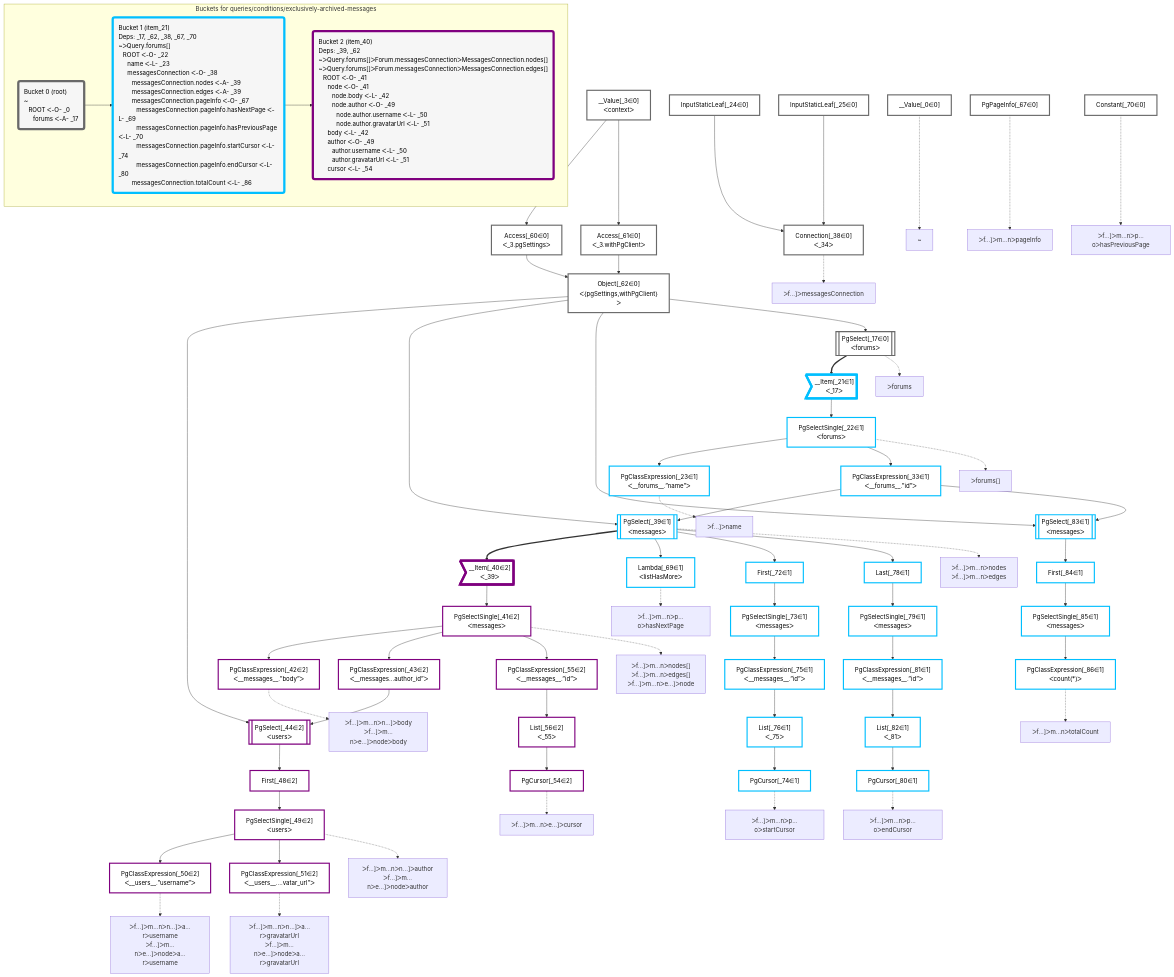
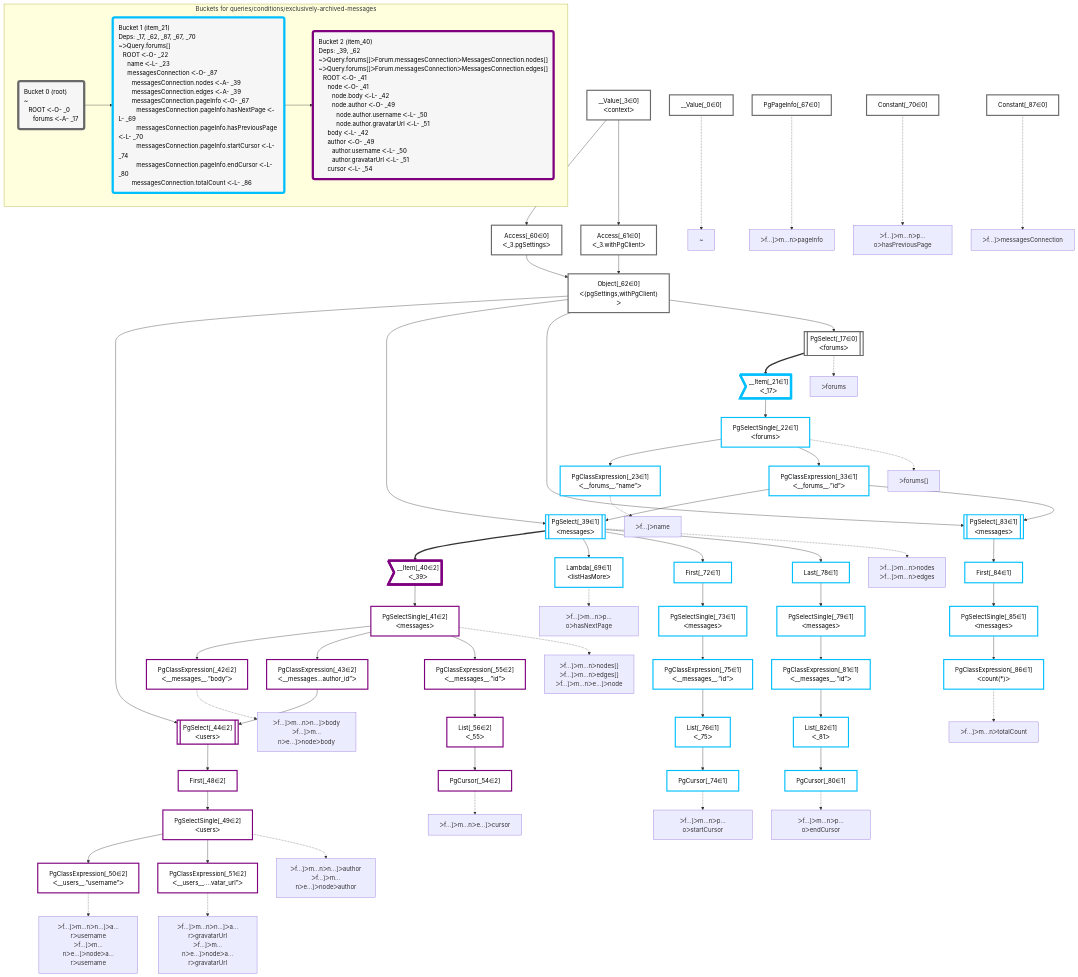
The diagram in packages/dataplan-pg/__tests__/queries/conditions/exclusively-archived-messages.deopt.mermaid.md (graphile/crystal), drawn with Mermaid before and after one commit. The commit also changed 57 other files, not shown here.

```diff
--- a/packages/dataplan-pg/__tests__/queries/conditions/exclusively-archived-messages.deopt.mermaid.md
+++ b/packages/dataplan-pg/__tests__/queries/conditions/exclusively-archived-messages.deopt.mermaid.md
@@ -46,9 +46,7 @@
     Access_60["Access[_60∈0]<br />ᐸ_3.pgSettingsᐳ"]:::plan
     Access_61["Access[_61∈0]<br />ᐸ_3.withPgClientᐳ"]:::plan
     __Value_3["__Value[_3∈0]<br />ᐸcontextᐳ"]:::plan
-    Connection_38["Connection[_38∈0]<br />ᐸ_34ᐳ"]:::plan
-    InputStaticLeaf_24["InputStaticLeaf[_24∈0]"]:::plan
-    InputStaticLeaf_25["InputStaticLeaf[_25∈0]"]:::plan
+    Constant_87["Constant[_87∈0]"]:::plan
     PgPageInfo_67["PgPageInfo[_67∈0]"]:::plan
     Constant_70["Constant[_70∈0]"]:::plan
 
@@ -89,7 +87,6 @@
     Access_60 & Access_61 --> Object_62
     __Value_3 --> Access_60
     __Value_3 --> Access_61
-    InputStaticLeaf_24 & InputStaticLeaf_25 --> Connection_38
 
     %% plan-to-path relationships
     P_0["~"]
@@ -100,8 +97,6 @@
     PgSelectSingle_22 -.-> P_22
     P_23["ᐳf…]ᐳname"]
     PgClassExpression_23 -.-> P_23
-    P_38["ᐳf…]ᐳmessagesConnection"]
-    Connection_38 -.-> P_38
     P_39["ᐳf…]ᐳm…nᐳnodes<br />ᐳf…]ᐳm…nᐳedges"]
     PgSelect_39 -.-> P_39
     P_41["ᐳf…]ᐳm…nᐳnodes[]<br />ᐳf…]ᐳm…nᐳedges[]<br />ᐳf…]ᐳm…nᐳe…]ᐳnode"]
@@ -128,12 +123,14 @@
     PgCursor_80 -.-> P_80
     P_86["ᐳf…]ᐳm…nᐳtotalCount"]
     PgClassExpression_86 -.-> P_86
+    P_87["ᐳf…]ᐳmessagesConnection"]
+    Constant_87 -.-> P_87
 
     subgraph "Buckets for queries/conditions/exclusively-archived-messages"
     Bucket0("Bucket 0 (root)<br />~<br />⠀ROOT ᐸ-O- _0<br />⠀⠀forums ᐸ-A- _17"):::bucket
     classDef bucket0 stroke:#696969
-    class Bucket0,__Value_0,__Value_3,PgSelect_17,InputStaticLeaf_24,InputStaticLeaf_25,Connection_38,Access_60,Access_61,Object_62,PgPageInfo_67,Constant_70 bucket0
-    Bucket1("Bucket 1 (item_21)<br />Deps: _17, _62, _38, _67, _70<br />~ᐳQuery.forums[]<br />⠀ROOT ᐸ-O- _22<br />⠀⠀name ᐸ-L- _23<br />⠀⠀messagesConnection ᐸ-O- _38<br />⠀⠀⠀messagesConnection.nodes ᐸ-A- _39<br />⠀⠀⠀messagesConnection.edges ᐸ-A- _39<br />⠀⠀⠀messagesConnection.pageInfo ᐸ-O- _67<br />⠀⠀⠀⠀messagesConnection.pageInfo.hasNextPage ᐸ-L- _69<br />⠀⠀⠀⠀messagesConnection.pageInfo.hasPreviousPage ᐸ-L- _70<br />⠀⠀⠀⠀messagesConnection.pageInfo.startCursor ᐸ-L- _74<br />⠀⠀⠀⠀messagesConnection.pageInfo.endCursor ᐸ-L- _80<br />⠀⠀⠀messagesConnection.totalCount ᐸ-L- _86"):::bucket
+    class Bucket0,__Value_0,__Value_3,PgSelect_17,Access_60,Access_61,Object_62,PgPageInfo_67,Constant_70,Constant_87 bucket0
+    Bucket1("Bucket 1 (item_21)<br />Deps: _17, _62, _87, _67, _70<br />~ᐳQuery.forums[]<br />⠀ROOT ᐸ-O- _22<br />⠀⠀name ᐸ-L- _23<br />⠀⠀messagesConnection ᐸ-O- _87<br />⠀⠀⠀messagesConnection.nodes ᐸ-A- _39<br />⠀⠀⠀messagesConnection.edges ᐸ-A- _39<br />⠀⠀⠀messagesConnection.pageInfo ᐸ-O- _67<br />⠀⠀⠀⠀messagesConnection.pageInfo.hasNextPage ᐸ-L- _69<br />⠀⠀⠀⠀messagesConnection.pageInfo.hasPreviousPage ᐸ-L- _70<br />⠀⠀⠀⠀messagesConnection.pageInfo.startCursor ᐸ-L- _74<br />⠀⠀⠀⠀messagesConnection.pageInfo.endCursor ᐸ-L- _80<br />⠀⠀⠀messagesConnection.totalCount ᐸ-L- _86"):::bucket
     classDef bucket1 stroke:#00bfff
     class Bucket1,__Item_21,PgSelectSingle_22,PgClassExpression_23,PgClassExpression_33,PgSelect_39,Lambda_69,First_72,PgSelectSingle_73,PgCursor_74,PgClassExpression_75,List_76,Last_78,PgSelectSingle_79,PgCursor_80,PgClassExpression_81,List_82,PgSelect_83,First_84,PgSelectSingle_85,PgClassExpression_86 bucket1
     Bucket2("Bucket 2 (item_40)<br />Deps: _39, _62<br />~ᐳQuery.forums[]ᐳForum.messagesConnectionᐳMessagesConnection.nodes[]<br />~ᐳQuery.forums[]ᐳForum.messagesConnectionᐳMessagesConnection.edges[]<br />⠀ROOT ᐸ-O- _41<br />⠀⠀node ᐸ-O- _41<br />⠀⠀⠀node.body ᐸ-L- _42<br />⠀⠀⠀node.author ᐸ-O- _49<br />⠀⠀⠀⠀node.author.username ᐸ-L- _50<br />⠀⠀⠀⠀node.author.gravatarUrl ᐸ-L- _51<br />⠀⠀body ᐸ-L- _42<br />⠀⠀author ᐸ-O- _49<br />⠀⠀⠀author.username ᐸ-L- _50<br />⠀⠀⠀author.gravatarUrl ᐸ-L- _51<br />⠀⠀cursor ᐸ-L- _54"):::bucket
```
